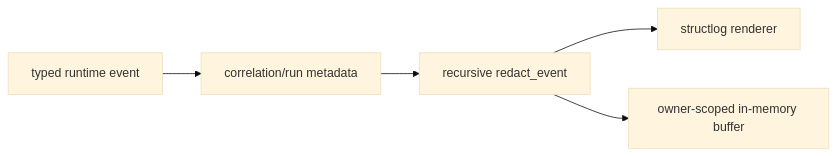
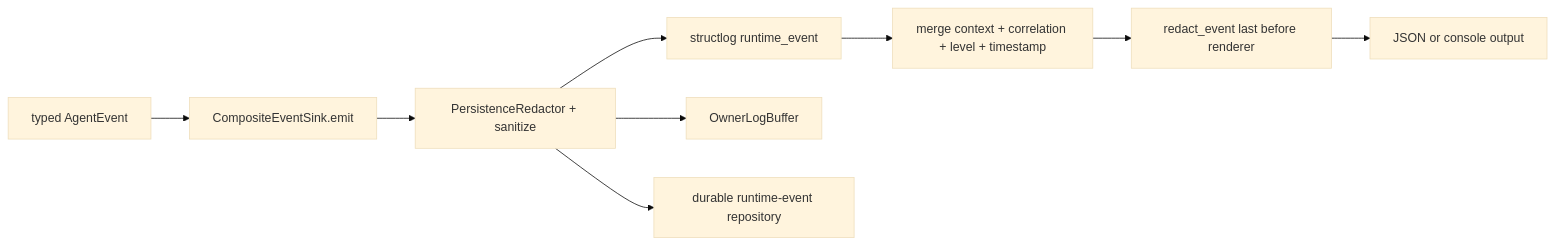
The first of 3 diagrams in docs/course/concepts/structured-logging.md (levalencia/archon), drawn with Mermaid (base theme) before and after one commit. The commit also changed other lines of this file and 8 other files, not shown here.

````diff
--- a/docs/course/concepts/structured-logging.md
+++ b/docs/course/concepts/structured-logging.md
@@ -12,7 +38,11 @@
 ```mermaid
 flowchart LR
-  E[typed runtime event] --> C[correlation/run metadata]
-  C --> R[recursive redact_event]
-  R --> S[structlog renderer]
-  R --> B[owner-scoped in-memory buffer]
+    E[typed AgentEvent] --> S[CompositeEventSink.emit]
+    S --> P[PersistenceRedactor + sanitize]
+    P --> L[structlog runtime_event]
+    L --> C[merge context + correlation + level + timestamp]
+    C --> R[redact_event last before renderer]
+    R --> J[JSON or console output]
+    P --> B[OwnerLogBuffer]
+    P --> D[durable runtime-event repository]
 ```
````
